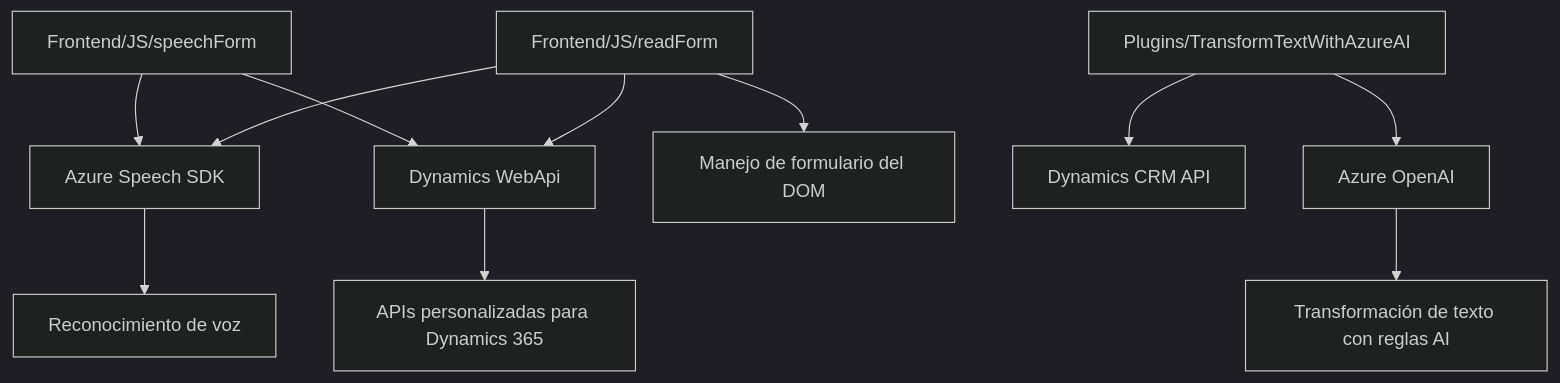
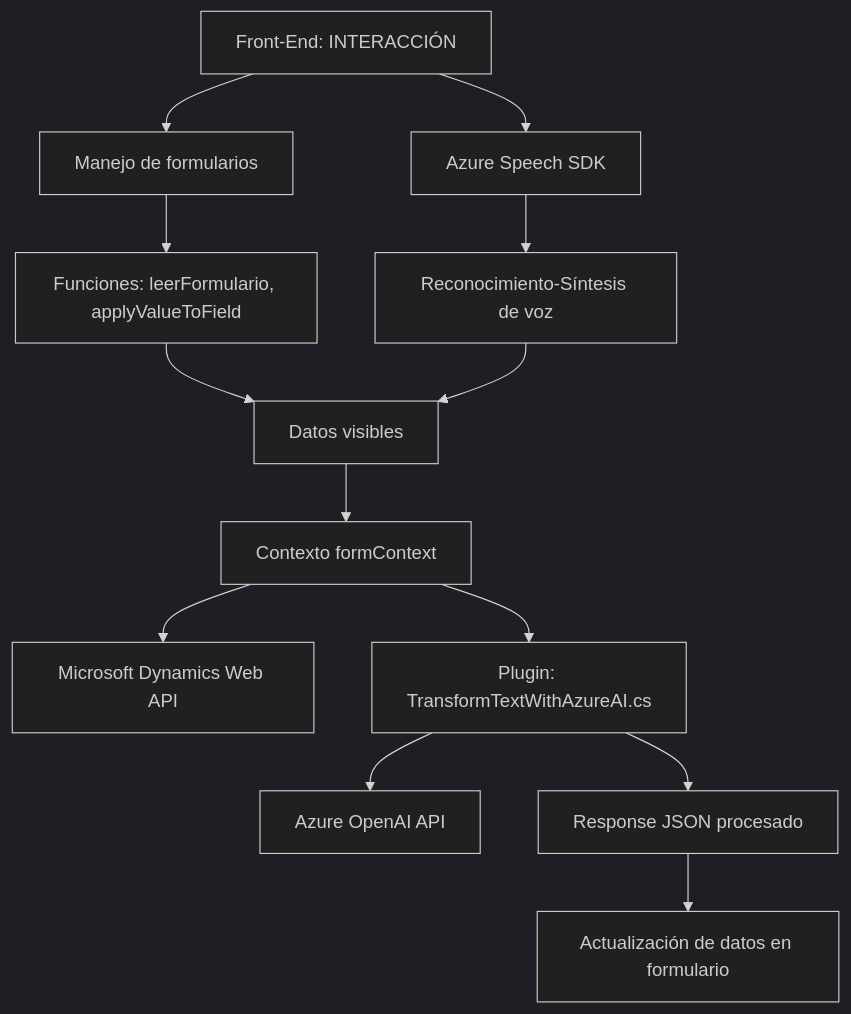
The diagram in README.md (blopezdm/NETCORE_BILBAO2025), drawn with Mermaid (dark theme) before and after one commit. The commit also changed other lines of this file, not shown here.

Commit message:
Actualizar análisis global de la solución con IA

````diff
--- a/README.md
+++ b/README.md
@@ -42,15 +37,16 @@
 ```mermaid
 graph TD
-  A["Frontend/JS/speechForm"] --> B["Azure Speech SDK"]
-  A --> C["Dynamics WebApi"]
-  B --> F["Reconocimiento de voz"]
-  C --> G["APIs personalizadas para Dynamics 365"]
+    A["Front-End: INTERACCIÓN"] --> B["Azure Speech SDK"]
+    A --> C["Manejo de formularios"]
+    C --> D["Funciones: leerFormulario, applyValueToField"]
+    D --> E["Datos visibles"]
+    B --> F["Reconocimiento-Síntesis de voz"]
+    F --> E
+    E --> G["Contexto formContext"]
 
-  D["Frontend/JS/readForm"] --> B
-  D --> C
-  D --> H["Manejo de formulario del DOM"]
-
-  E["Plugins/TransformTextWithAzureAI"] --> I["Dynamics CRM API"]
-  E --> J["Azure OpenAI"]
-  J --> K["Transformación de texto con reglas AI"]
+    G --> I["Microsoft Dynamics Web API"]
+    G --> J["Plugin: TransformTextWithAzureAI.cs"]
+    J --> K["Azure OpenAI API"]
+    J --> L["Response JSON procesado"]
+    L --> M["Actualización de datos en formulario"]
 ```
````
